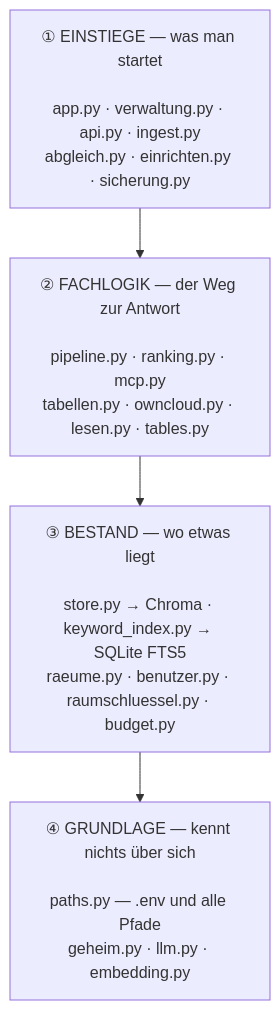
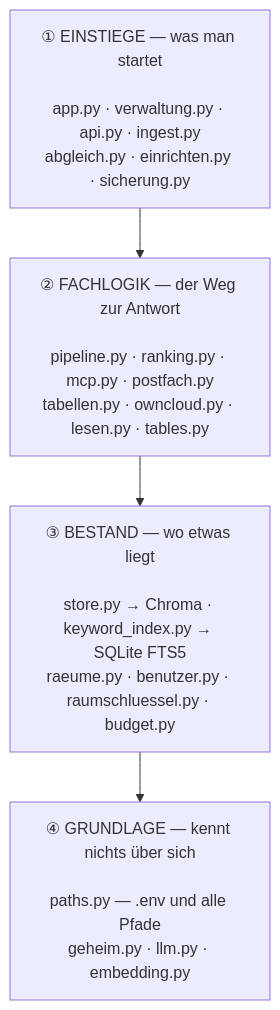
Before and after one commit to mw-research/LocaNoto: the first of 3 diagrams in README.md, drawn with Mermaid. The commit also changed other lines of this file and 10 other files, not shown here.

````diff
--- a/README.md
+++ b/README.md
@@ -306,10 +306,10 @@
 ```mermaid
 flowchart TB
     EIN["① EINSTIEGE — was man startet<br/><br/>app.py · verwaltung.py · api.py · ingest.py<br/>abgleich.py · einrichten.py · sicherung.py"]
-    FACH["② FACHLOGIK — der Weg zur Antwort<br/><br/>pipeline.py · ranking.py · mcp.py<br/>tabellen.py · owncloud.py · lesen.py · tables.py"]
+    FACH["② FACHLOGIK — der Weg zur Antwort<br/><br/>pipeline.py · ranking.py · mcp.py · postfach.py<br/>tabellen.py · owncloud.py · lesen.py · tables.py"]
     BEST["③ BESTAND — wo etwas liegt<br/><br/>store.py → Chroma · keyword_index.py → SQLite FTS5<br/>raeume.py · benutzer.py · raumschluessel.py · budget.py"]
     GRU["④ GRUNDLAGE — kennt nichts über sich<br/><br/>paths.py — .env und alle Pfade<br/>geheim.py · llm.py · embedding.py"]
     EIN --> FACH
     FACH --> BEST
     BEST --> GRU
 ```
````
